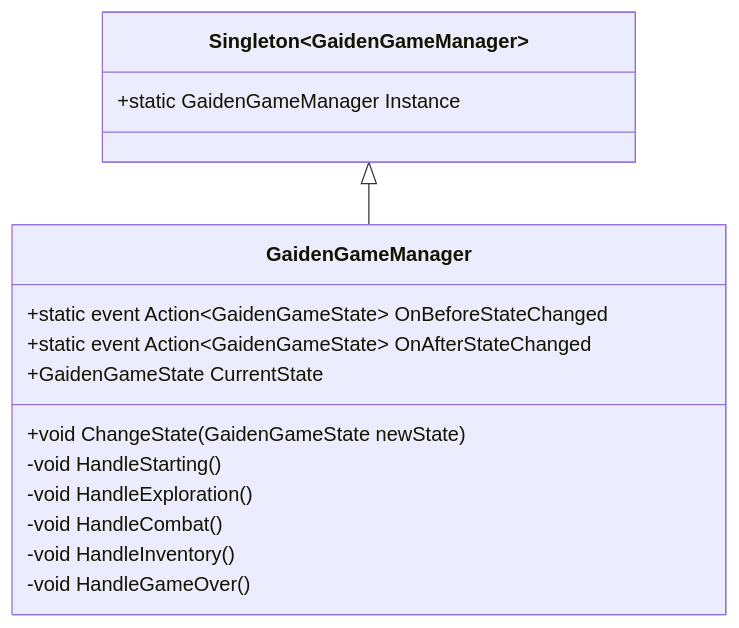
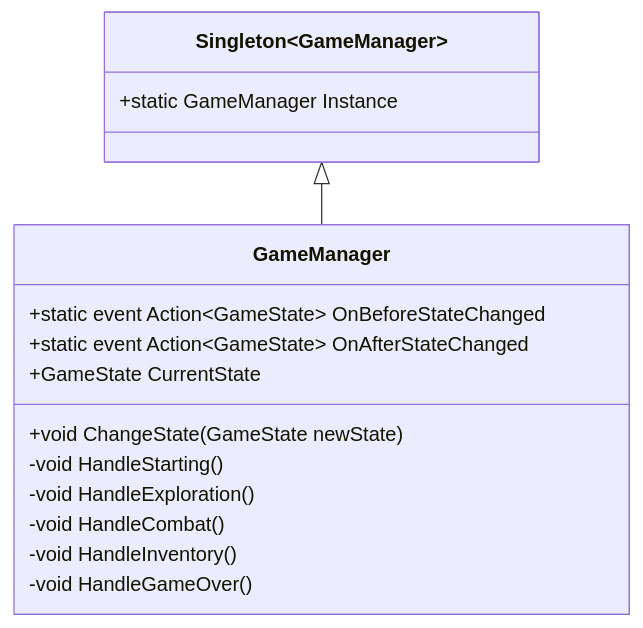
One commit to matichanx3x3/proyectoGaiden changed the diagram in Documentación/02 - Core Systems/02.2 - Game Manager y Arquitectura de Estados (GameManager).md. Above: the diagram before and after it, drawn with Mermaid. The commit also changed other lines of this file and 506 other files, not shown here.

````diff
--- a/Documentación/02 - Core Systems/02.2 - Game Manager y Arquitectura de Estados (GameManager).md
+++ b/Documentación/02 - Core Systems/02.2 - Game Manager y Arquitectura de Estados (GameManager).md
@@ -17,20 +17,20 @@
 ```mermaid
 classDiagram
-    class Singleton~GaidenGameManager~ {
-        +static GaidenGameManager Instance
+    class Singleton~GameManager~ {
+        +static GameManager Instance
     }
 
-    class GaidenGameManager {
-        +static event Action~GaidenGameState~ OnBeforeStateChanged
-        +static event Action~GaidenGameState~ OnAfterStateChanged
-        +GaidenGameState CurrentState
-        +void ChangeState(GaidenGameState newState)
+    class GameManager {
+        +static event Action~GameState~ OnBeforeStateChanged
+        +static event Action~GameState~ OnAfterStateChanged
+        +GameState CurrentState
+        +void ChangeState(GameState newState)
         -void HandleStarting()
         -void HandleExploration()
         -void HandleCombat()
         -void HandleInventory()
         -void HandleGameOver()
     }
 
-    Singleton~GaidenGameManager~ <|-- GaidenGameManager
+    Singleton~GameManager~ <|-- GameManager
 ```
````
